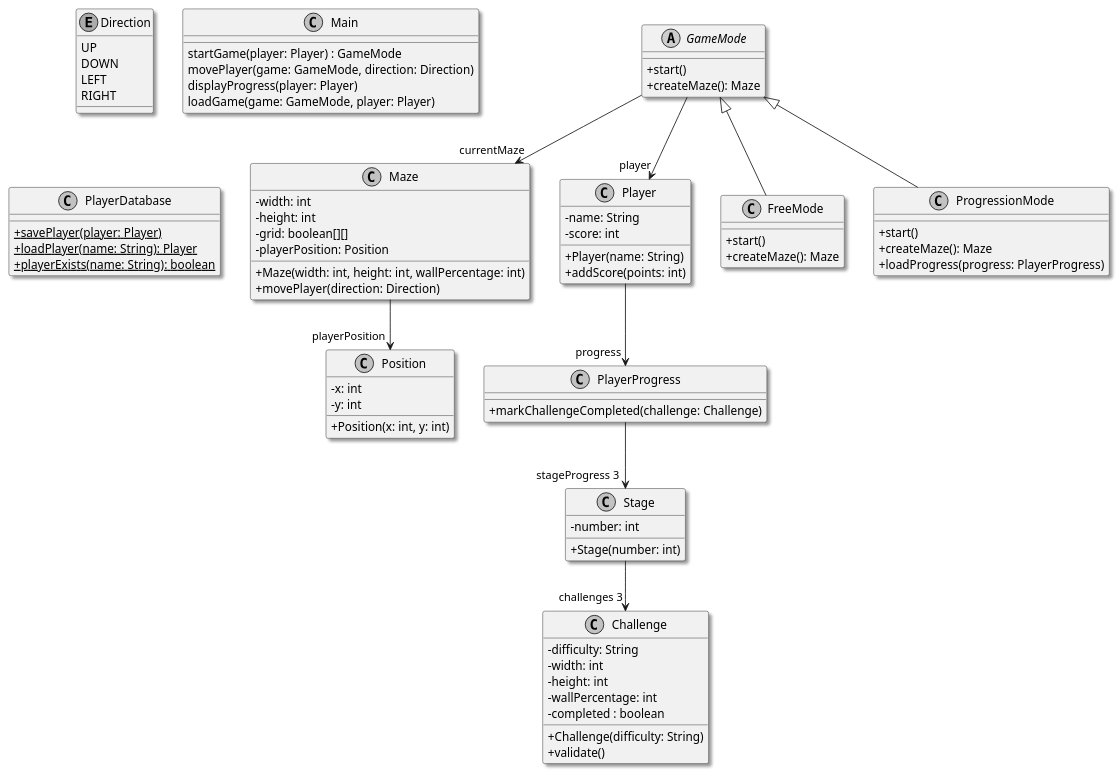
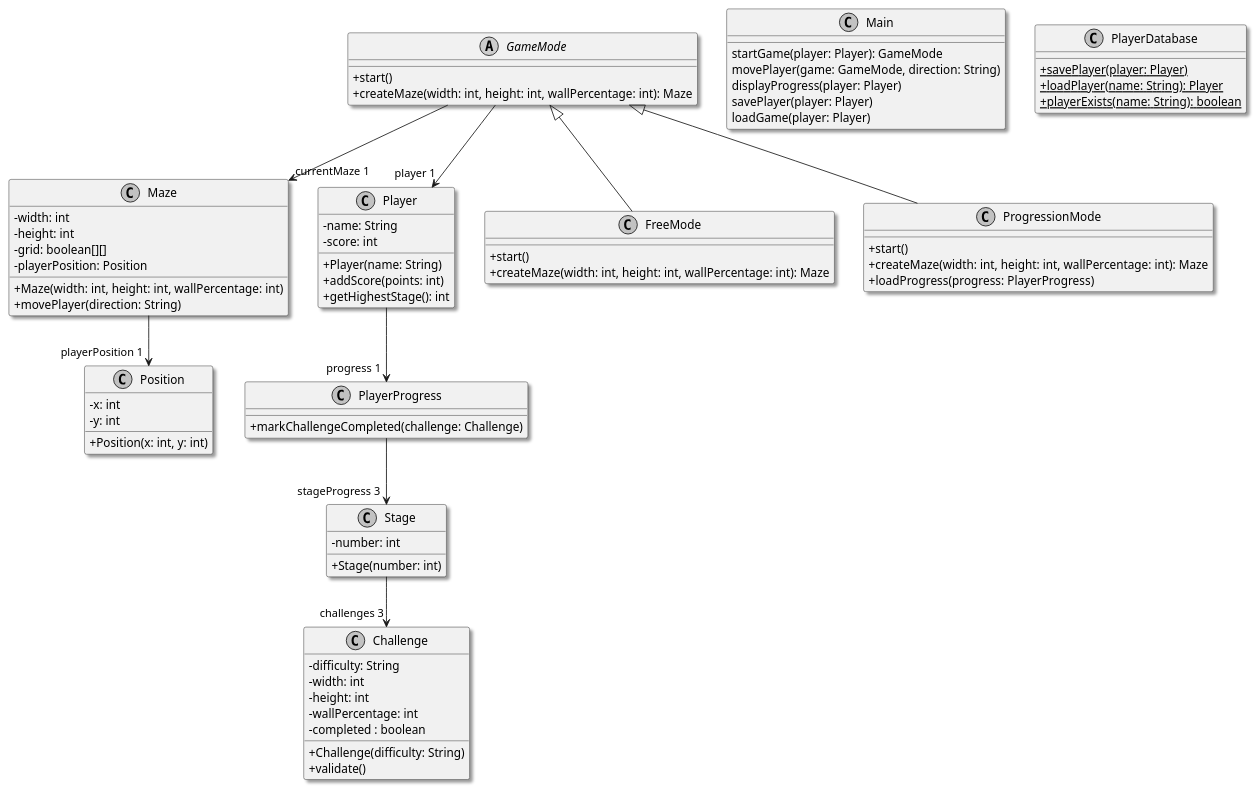
One commit to blavogiez/developpement-modulab-Semestre3 changed the diagram in rapports/analyse/reflexion3.puml. Above: the diagram before and after it, drawn with PlantUML. The commit also changed 2 other files, not shown here.

Commit message:
feat(rendus): rendu UML v1 analyse avec ajustements mineur sur arguments et types

```diff
--- a/rapports/analyse/reflexion3.puml
+++ b/rapports/analyse/reflexion3.puml
@@ -1,96 +1,91 @@
 @startuml
 skinparam monochrome true
 skinparam shadowing true
 skinparam classAttributeIconSize 0
 
 class Maze {
   - width: int
   - height: int
   - grid: boolean[][]
   - playerPosition: Position
   + Maze(width: int, height: int, wallPercentage: int)
-  + movePlayer(direction: Direction)
-}
-
-enum Direction {
-  UP
-  DOWN
-  LEFT
-  RIGHT
+  + movePlayer(direction: String)
 }
 
 class Player {
   - name: String
   - score: int
   + Player(name: String)
   + addScore(points: int)
+  + getHighestStage(): int
 }
 
 class PlayerProgress {
   + markChallengeCompleted(challenge: Challenge)
 }
 
 class Position {
   - x: int
   - y: int
   + Position(x: int, y: int)
 }
 
 abstract class GameMode {
   + start()
-  + createMaze(): Maze
+  + createMaze(width: int, height: int, wallPercentage: int): Maze
 }
 
 class FreeMode {
   + start()
-  + createMaze(): Maze
+  + createMaze(width: int, height: int, wallPercentage: int): Maze
 }
 
 class ProgressionMode {
   + start()
-  + createMaze(): Maze
+  + createMaze(width: int, height: int, wallPercentage: int): Maze
   + loadProgress(progress: PlayerProgress)
 }
 
 class Stage {
   - number: int
   + Stage(number: int)
 }
 
 class Challenge {
   - difficulty: String
   - width: int
   - height: int
   - wallPercentage: int
   - completed : boolean
   + Challenge(difficulty: String)
   + validate()
 }
 
 class Main {
-  startGame(player: Player) : GameMode
-  movePlayer(game: GameMode, direction: Direction)
+  startGame(player: Player): GameMode
+  movePlayer(game: GameMode, direction: String)
   displayProgress(player: Player)
-  loadGame(game: GameMode, player: Player)
+  savePlayer(player: Player)
+  loadGame(player: Player)
   
   'displayProgress(player: Player)'
 }
 
 class PlayerDatabase {
   {static} + savePlayer(player: Player)
   {static} + loadPlayer(name: String): Player
   {static} + playerExists(name: String): boolean
 }
 
-Maze --> "playerPosition" Position
+Maze --> "playerPosition 1" Position
 
-GameMode --> "player" Player
-GameMode --> "currentMaze" Maze
+GameMode --> "player 1" Player
+GameMode --> "currentMaze 1" Maze
 
 GameMode <|-- FreeMode
 GameMode <|-- ProgressionMode
 Stage --> "challenges 3" Challenge
 
-Player --> "progress" PlayerProgress
+Player --> "progress 1" PlayerProgress
 PlayerProgress --> "stageProgress 3" Stage 
 @enduml
```
